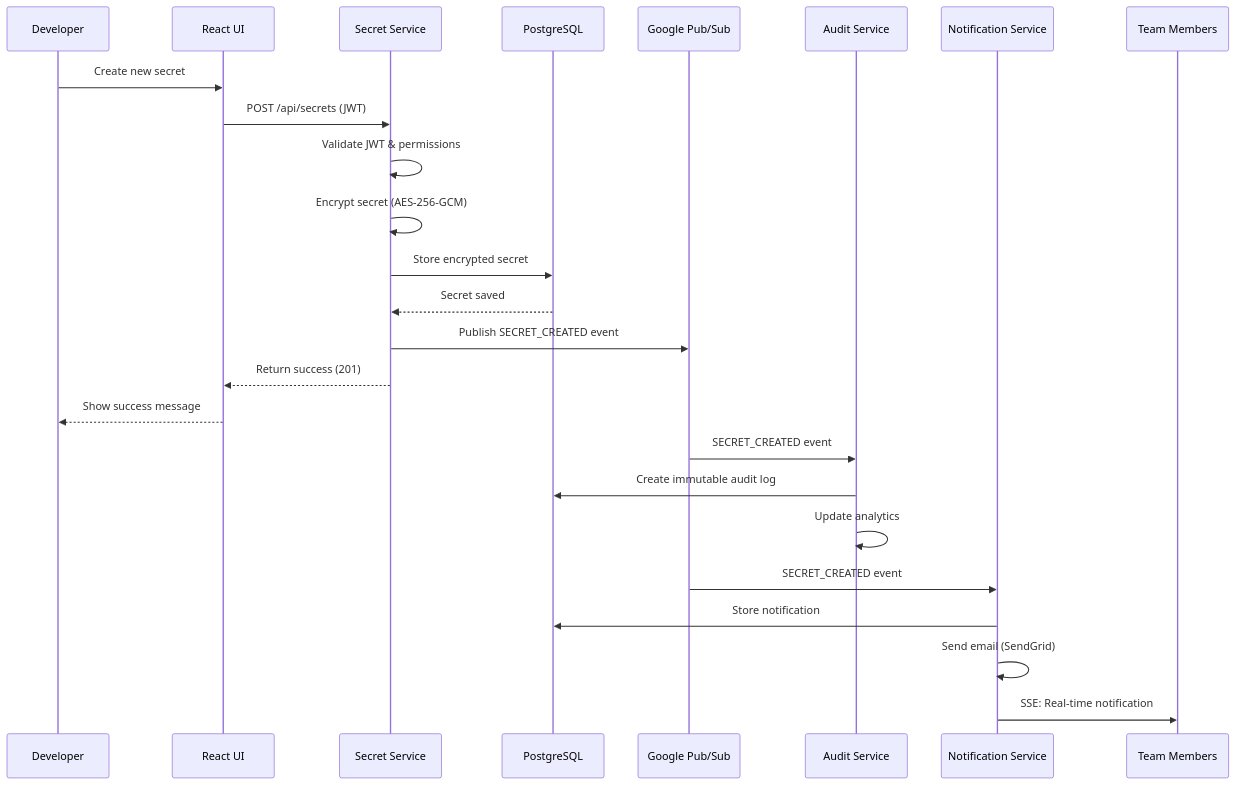
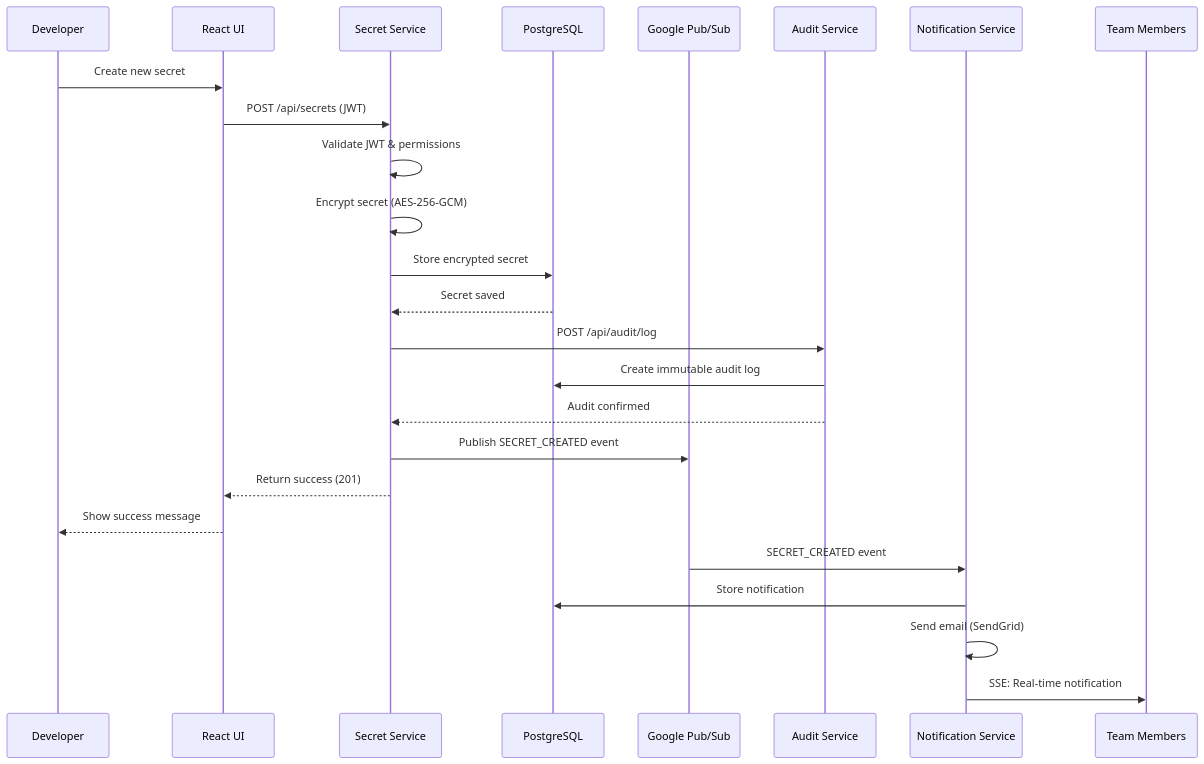
The second of 2 diagrams in README.md (aminlahbib/Cloud-Secrets-Manager), drawn with Mermaid before and after one commit. The commit also changed other lines of this file and 28 other files, not shown here.

````diff
--- a/README.md
+++ b/README.md
@@ -180,30 +180,29 @@
 ```mermaid
 sequenceDiagram
     participant User as Developer
     participant UI as React UI
     participant SecretService as Secret Service
     participant DB as PostgreSQL
     participant PubSub as Google Pub/Sub
     participant AuditService as Audit Service
     participant NotificationService as Notification Service
     participant Team as Team Members
     
     User->>UI: Create new secret
     UI->>SecretService: POST /api/secrets (JWT)
     SecretService->>SecretService: Validate JWT & permissions
     SecretService->>SecretService: Encrypt secret (AES-256-GCM)
     SecretService->>DB: Store encrypted secret
     DB-->>SecretService: Secret saved
+    SecretService->>AuditService: POST /api/audit/log
+    AuditService->>DB: Create immutable audit log
+    AuditService-->>SecretService: Audit confirmed
     SecretService->>PubSub: Publish SECRET_CREATED event
     SecretService-->>UI: Return success (201)
     UI-->>User: Show success message
-    
-    PubSub->>AuditService: SECRET_CREATED event
-    AuditService->>DB: Create immutable audit log
-    AuditService->>AuditService: Update analytics
     
     PubSub->>NotificationService: SECRET_CREATED event
     NotificationService->>DB: Store notification
     NotificationService->>NotificationService: Send email (SendGrid)
     NotificationService->>Team: SSE: Real-time notification
 ```
````
